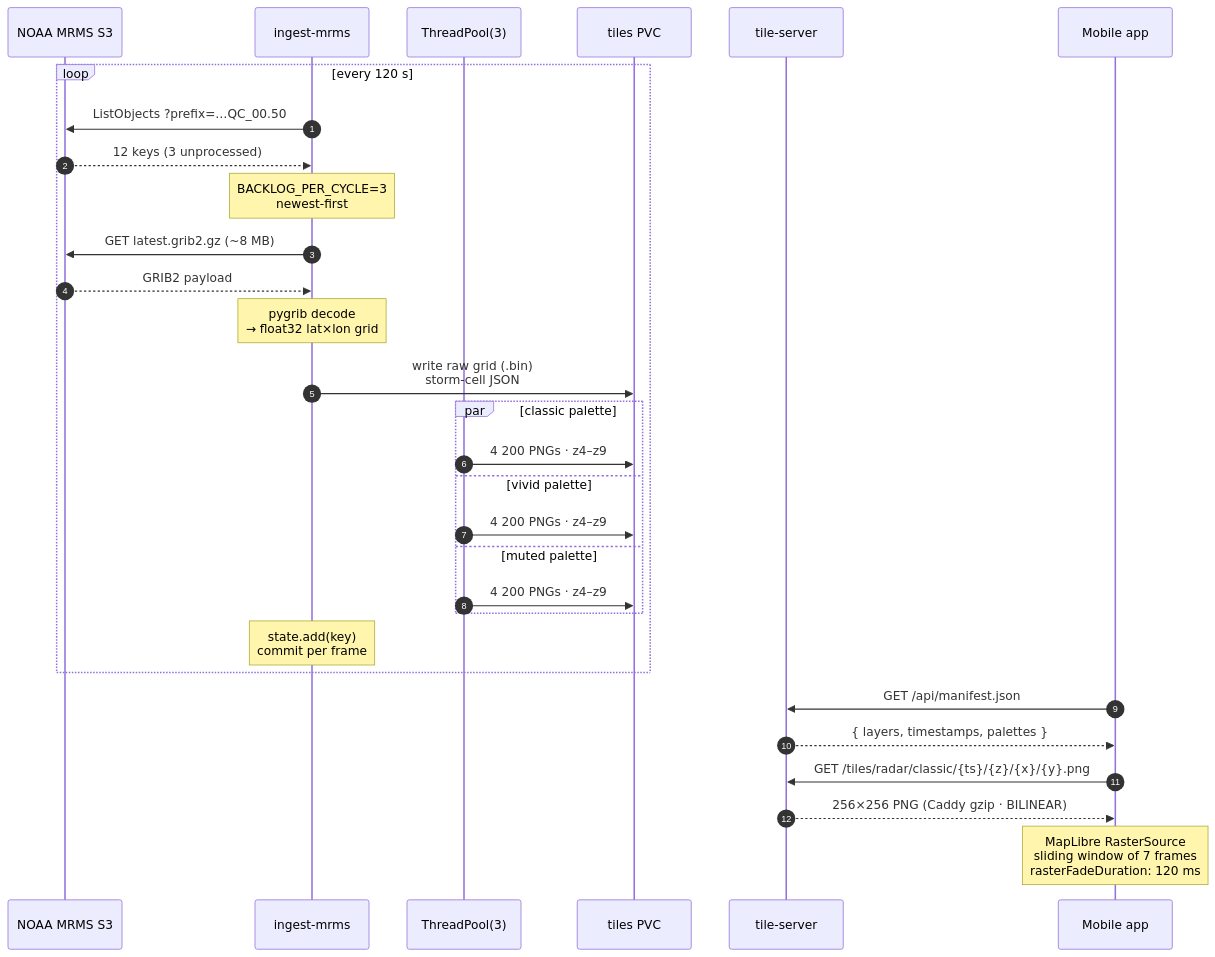
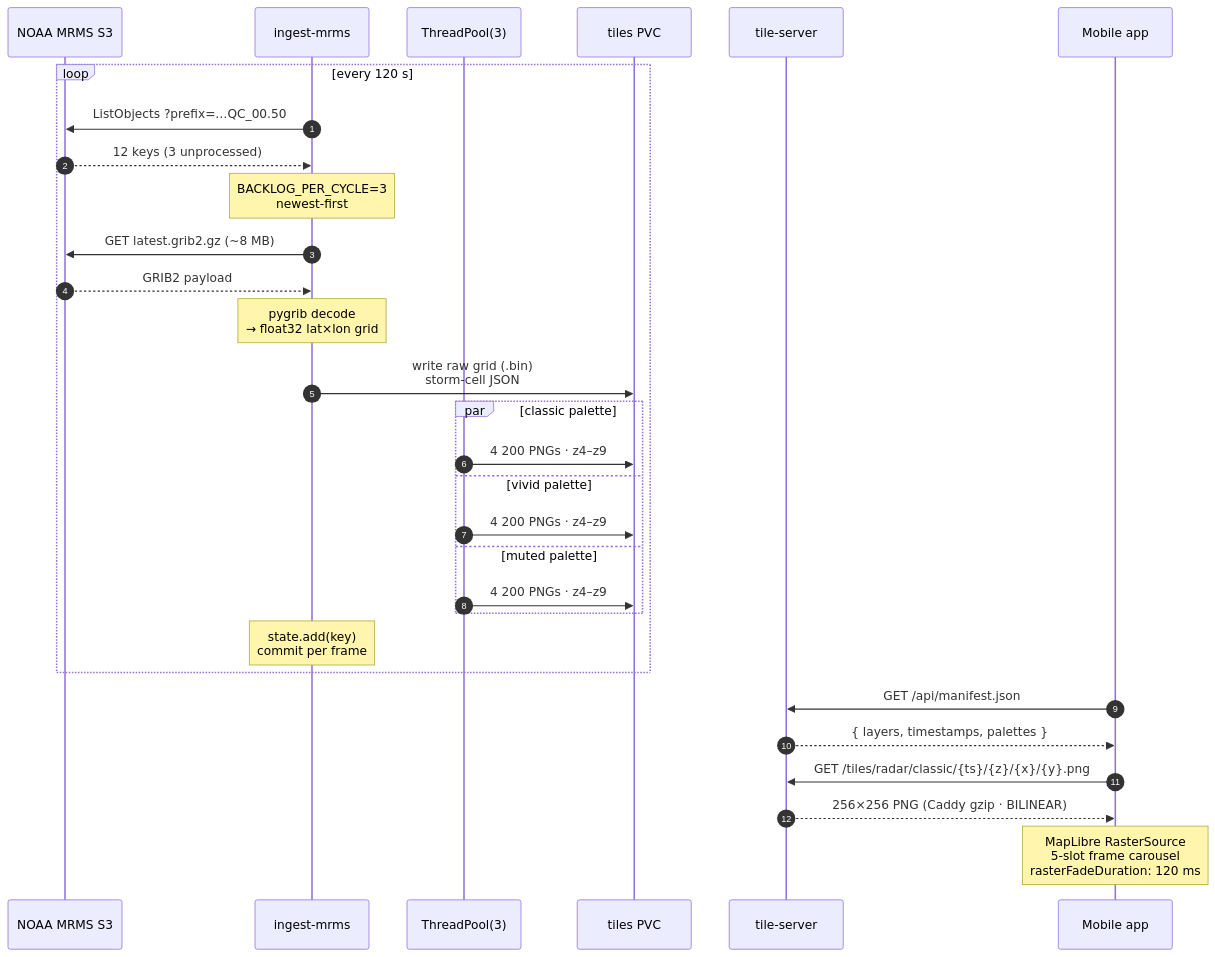
One commit to mitchross/radar-ng changed the second of 7 diagrams in README.md. Above: the diagram before and after it, drawn with Mermaid. The commit also changed other lines of this file and 6 other files, not shown here.

````diff
--- a/README.md
+++ b/README.md
@@ -110,36 +124,36 @@
 ```mermaid
 sequenceDiagram
     autonumber
     participant S3 as NOAA MRMS S3
     participant ING as ingest-mrms
     participant POOL as ThreadPool(3)
     participant FS as tiles PVC
     participant API as tile-server
     participant APP as Mobile app
 
     loop every 120 s
         ING->>S3: ListObjects ?prefix=…QC_00.50
         S3-->>ING: 12 keys (3 unprocessed)
         Note over ING: BACKLOG_PER_CYCLE=3<br/>newest-first
         ING->>S3: GET latest.grib2.gz (~8 MB)
         S3-->>ING: GRIB2 payload
         Note over ING: pygrib decode<br/>→ float32 lat×lon grid
         ING->>FS: write raw grid (.bin)<br/>storm-cell JSON
 
         par classic palette
             POOL->>FS: 4 200 PNGs · z4–z9
         and vivid palette
             POOL->>FS: 4 200 PNGs · z4–z9
         and muted palette
             POOL->>FS: 4 200 PNGs · z4–z9
         end
 
         Note over ING: state.add(key)<br/>commit per frame
     end
 
     APP->>API: GET /api/manifest.json
     API-->>APP: { layers, timestamps, palettes }
     APP->>API: GET /tiles/radar/classic/{ts}/{z}/{x}/{y}.png
     API-->>APP: 256×256 PNG (Caddy gzip · BILINEAR)
-    Note over APP: MapLibre RasterSource<br/>sliding window of 7 frames<br/>rasterFadeDuration: 120 ms
+    Note over APP: MapLibre RasterSource<br/>5-slot frame carousel<br/>rasterFadeDuration: 120 ms
 ```
````
